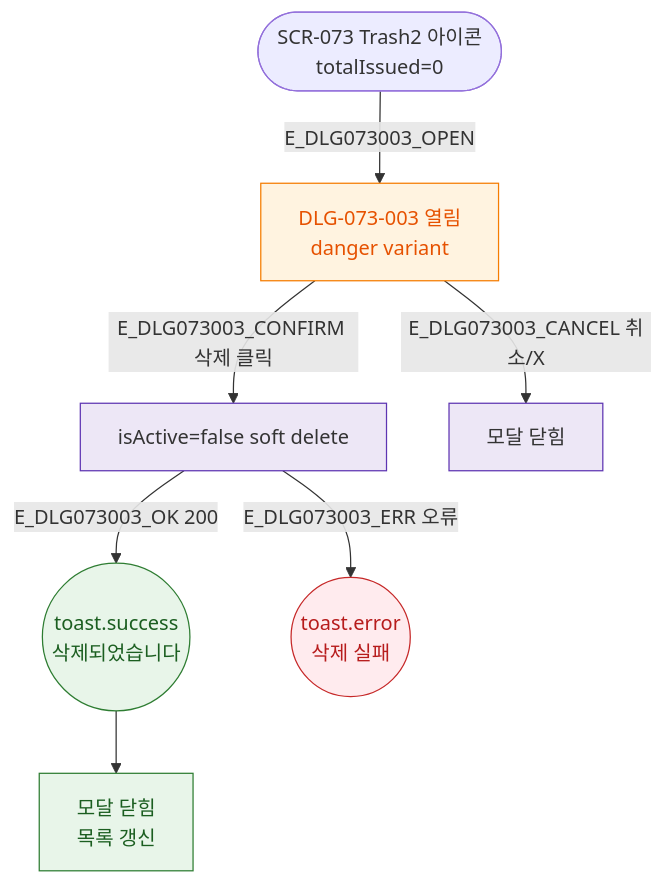
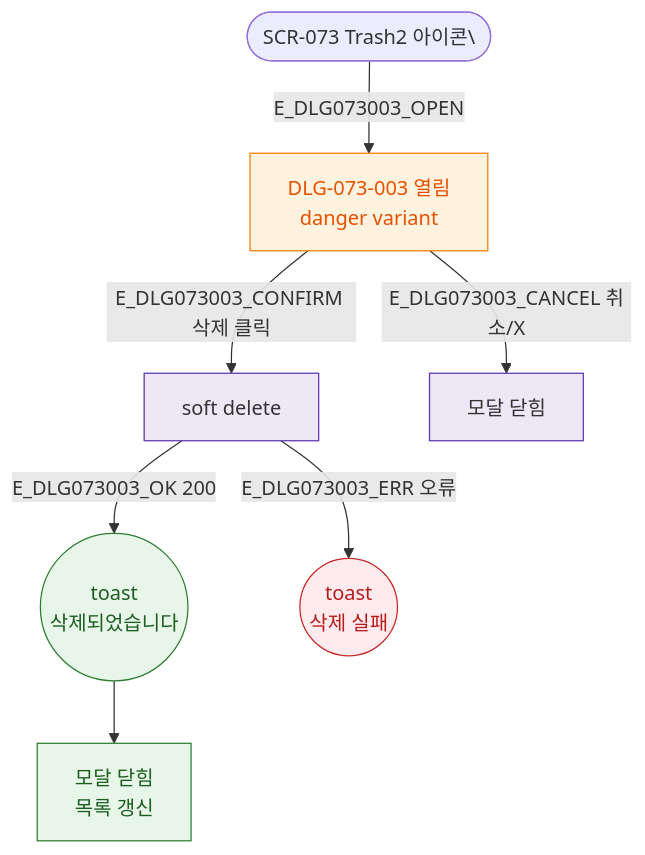
The diagram in docs/다이어그램/D08_마케팅/DLG/DLG-073-003_쿠폰삭제확인/M1_생명주기.md (dev-spogym/admin-pando), drawn with Mermaid before and after one commit. The commit also changed other lines of this file and 1660 other files, not shown here.

First line of the commit message:
다이어그램: 기획자/클라이언트 납품본으로 정리

````diff
--- a/docs/다이어그램/D08_마케팅/DLG/DLG-073-003_쿠폰삭제확인/M1_생명주기.md
+++ b/docs/다이어그램/D08_마케팅/DLG/DLG-073-003_쿠폰삭제확인/M1_생명주기.md
@@ -14,19 +12,19 @@
 ```mermaid
 flowchart TD
-  TRIGGER([SCR-073 Trash2 아이콘\ntotalIssued=0]) -->|E_DLG073003_OPEN| MODAL[DLG-073-003 열림\ndanger variant]
-  MODAL -->|E_DLG073003_CONFIRM 삭제 클릭| API[isActive=false soft delete]
-  MODAL -->|E_DLG073003_CANCEL 취소/X| CLOSE[모달 닫힘]
-  API -->|E_DLG073003_OK 200| T_OK((toast.success\n삭제되었습니다))
-  API -->|E_DLG073003_ERR 오류| T_ERR((toast.error\n삭제 실패))
+  TRIGGER([SCR-073 Trash2 아이콘\]) -->|E_DLG073003_OPEN|MODAL[DLG-073-003 열림\ndanger variant]
+  MODAL -->|E_DLG073003_CONFIRM 삭제 클릭|API[soft delete]
+  MODAL -->|E_DLG073003_CANCEL 취소/X|CLOSE[모달 닫힘]
+  API -->|E_DLG073003_OK 200|T_OK((toast\n삭제되었습니다))
+  API -->|E_DLG073003_ERR 오류|T_ERR((toast\n삭제 실패))
   T_OK --> CLOSE_OK[모달 닫힘\n목록 갱신]
 
-  classDef modal       fill:#FFF3E0,stroke:#F57C00,color:#E65100
-  classDef success     fill:#E8F5E9,stroke:#2E7D32,color:#1B5E20
-  classDef error       fill:#FFEBEE,stroke:#C62828,color:#B71C1C
-  classDef system      fill:#EDE7F6,stroke:#5E35B2
+  classDef modal fill:#FFF3E0,stroke:#F57C00,color:#E65100
+  classDef success fill:#E8F5E9,stroke:#2E7D32,color:#1B5E20
+  classDef error fill:#FFEBEE,stroke:#C62828,color:#B71C1C
+  classDef system fill:#EDE7F6,stroke:#5E35B2
 
   class MODAL modal
   class T_OK,CLOSE_OK success
   class T_ERR error
   class API,CLOSE system
 ```
````
